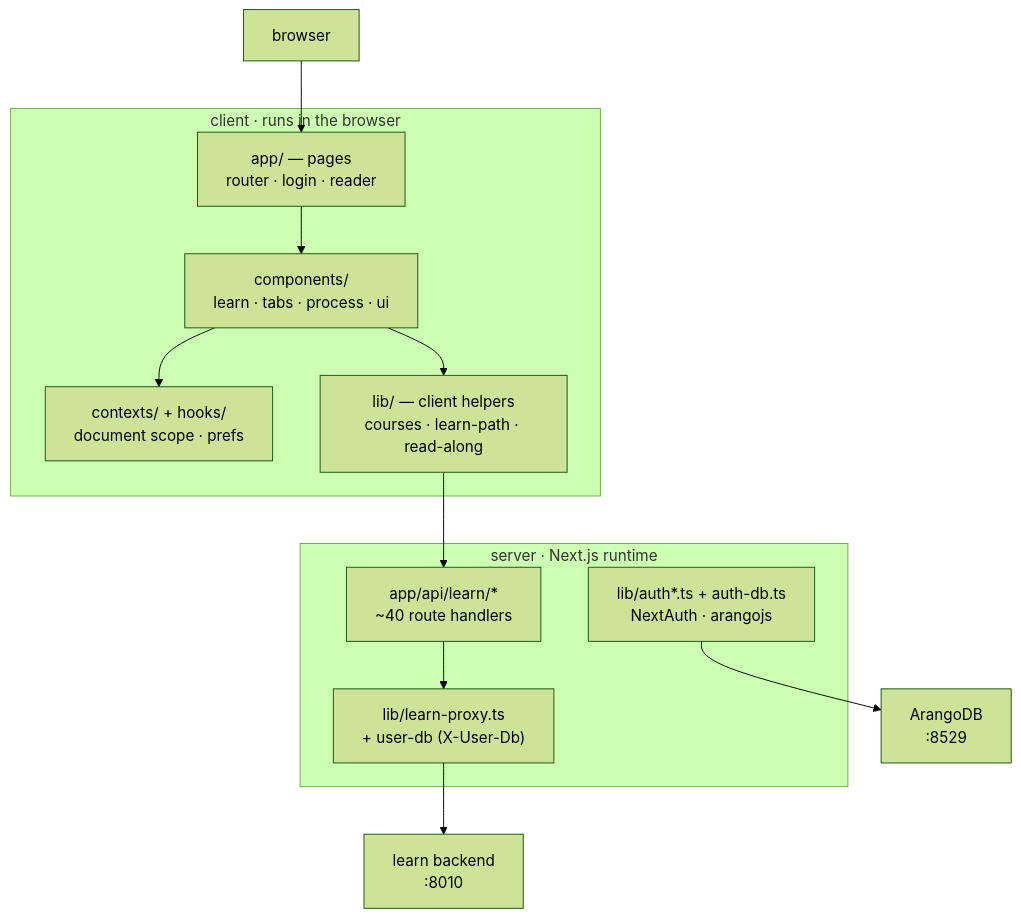
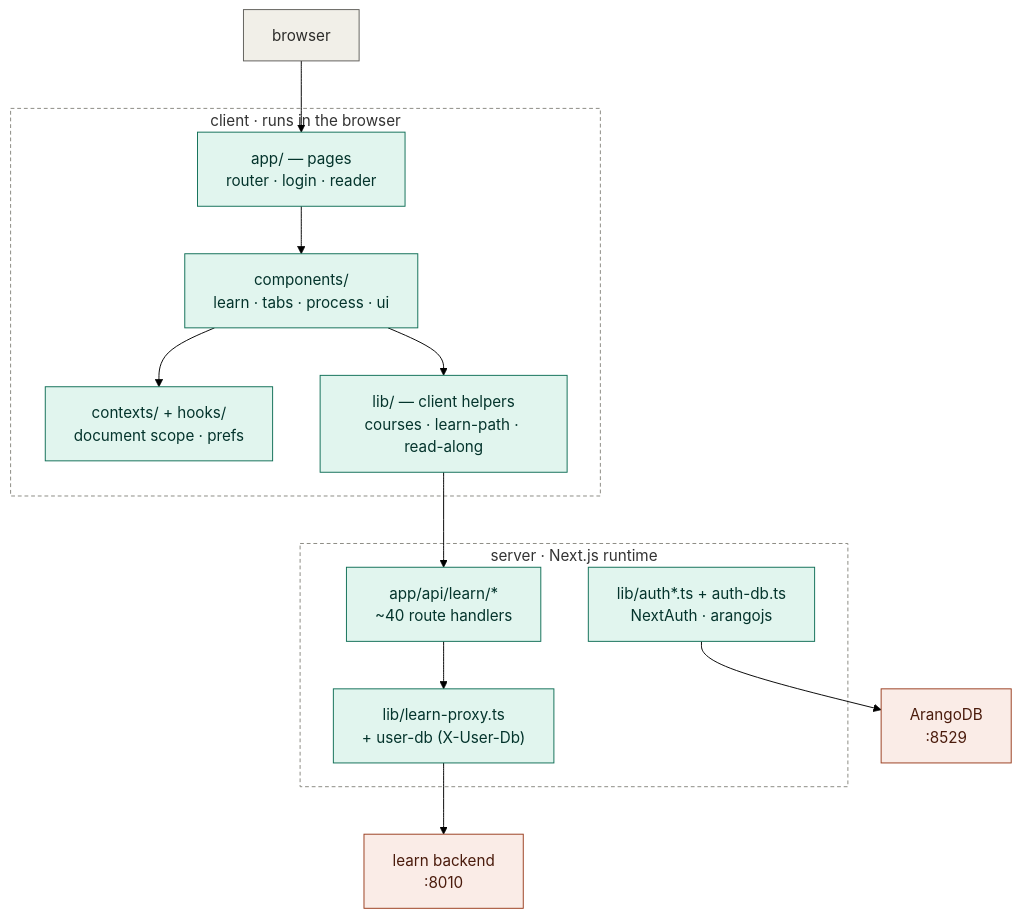
Before and after one commit to Aiden-Ferrante/learnhub-core: the third of 3 diagrams in MAP.md, drawn with Mermaid (forest theme). The commit also changed other lines of this file, not shown here.

First line of the commit message:
MAP.md: color the diagrams (classDef) + honest note on GitHub click-through

````diff
--- a/MAP.md
+++ b/MAP.md
@@ -223,37 +243,46 @@
 ```mermaid
 flowchart TD
   browser["browser"]
 
   subgraph client["client · runs in the browser"]
     pages["app/ — pages<br/>router · login · reader"]
     components["components/<br/>learn · tabs · process · ui"]
     state["contexts/ + hooks/<br/>document scope · prefs"]
     libc["lib/ — client helpers<br/>courses · learn-path · read-along"]
   end
 
   subgraph server["server · Next.js runtime"]
     apiroutes["app/api/learn/*<br/>~40 route handlers"]
     proxy["lib/learn-proxy.ts<br/>+ user-db (X-User-Db)"]
     authlib["lib/auth*.ts + auth-db.ts<br/>NextAuth · arangojs"]
   end
 
   backend["learn backend<br/>:8010"]
   arango["ArangoDB<br/>:8529"]
 
   browser --> pages
   pages --> components
   components --> state
   components --> libc
   libc --> apiroutes
   apiroutes --> proxy
   proxy --> backend
   authlib --> arango
 
+  classDef ext fill:#F1EFE8,stroke:#5F5E5A,color:#2C2C2A;
+  classDef code fill:#E1F5EE,stroke:#0F6E56,color:#04342C;
+  classDef svc fill:#FAECE7,stroke:#993C1D,color:#4A1B0C;
+  class browser ext;
+  class pages,components,state,libc,apiroutes,proxy,authlib code;
+  class backend,arango svc;
+  style client fill:none,stroke:#888780,stroke-dasharray:4 3;
+  style server fill:none,stroke:#888780,stroke-dasharray:4 3;
+
   click pages "https://github.com/Aiden-Ferrante/learnhub/tree/main/frontend/app"
   click components "https://github.com/Aiden-Ferrante/learnhub/tree/main/frontend/components"
   click state "https://github.com/Aiden-Ferrante/learnhub/tree/main/frontend/contexts"
   click libc "https://github.com/Aiden-Ferrante/learnhub/tree/main/frontend/lib"
   click apiroutes "https://github.com/Aiden-Ferrante/learnhub/tree/main/frontend/app/api/learn"
   click proxy "https://github.com/Aiden-Ferrante/learnhub/blob/main/frontend/lib/learn-proxy.ts"
   click authlib "https://github.com/Aiden-Ferrante/learnhub/blob/main/frontend/lib/auth-db.ts"
 ```
````
